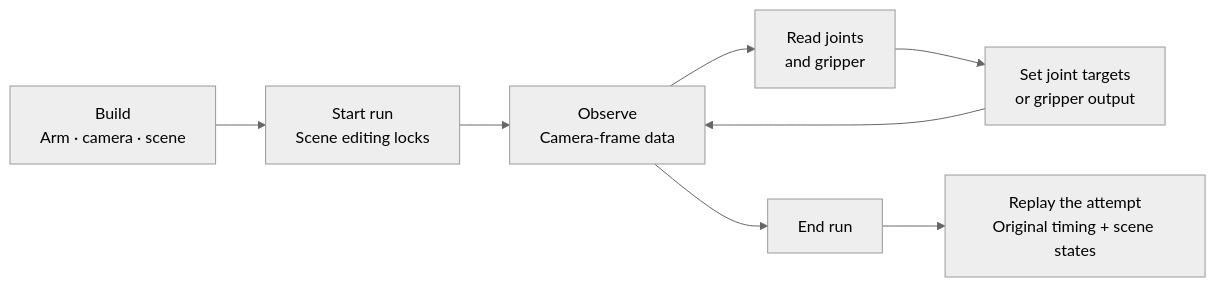
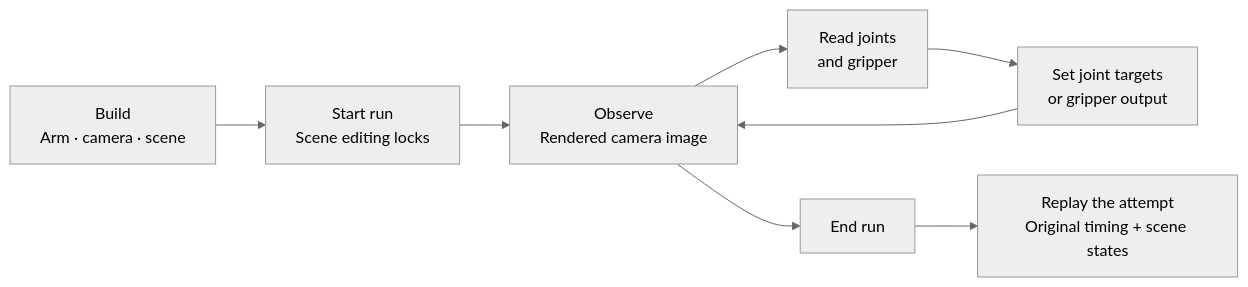
The diagram in README.md (over-TT/rai-robot-agent-interface), drawn with Mermaid (neutral theme) before and after one commit. The commit also changed other lines of this file and 29 other files, not shown here.

Commit message:
Fix rendered camera observations and reliable attempt playback

````diff
--- a/README.md
+++ b/README.md
@@ -31,10 +31,10 @@
 ```mermaid
 flowchart LR
     BUILD["Build<br/>Arm · camera · scene"] --> START["Start run<br/>Scene editing locks"]
-    START --> OBSERVE["Observe<br/>Camera-frame data"]
+    START --> OBSERVE["Observe<br/>Rendered camera image"]
     OBSERVE --> SENSE["Read joints<br/>and gripper"]
     SENSE --> ACT["Set joint targets<br/>or gripper output"]
     ACT --> OBSERVE
     OBSERVE --> END["End run"]
     END --> REPLAY["Replay the attempt<br/>Original timing + scene states"]
 ```
````
